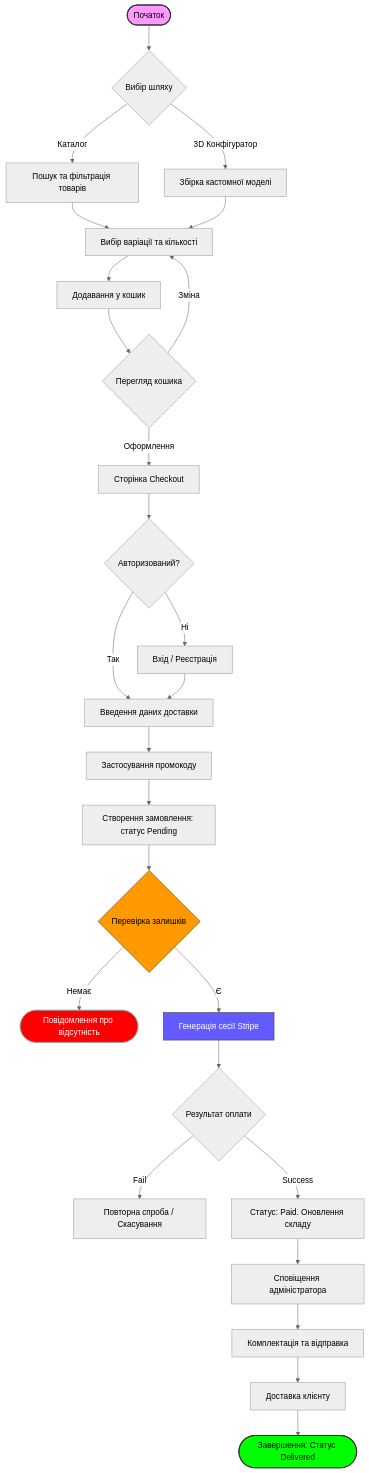
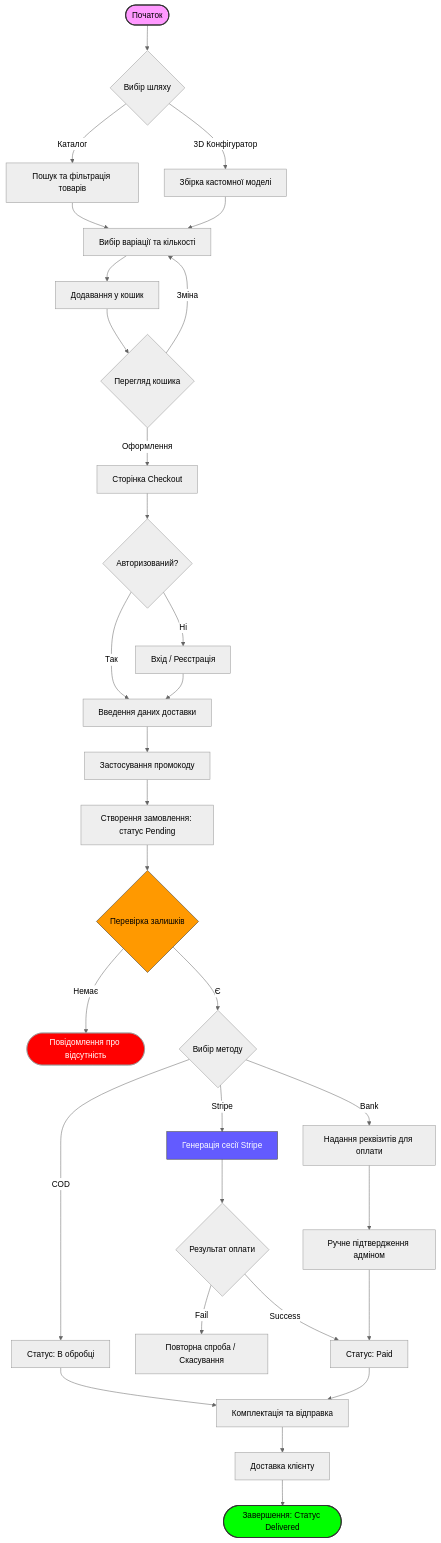
Before and after one commit to Alexxxsashka/Hristo: diagram 11 of 16 in DIPLOMA_FULL_TEXT_EXPANDED.md, drawn with Mermaid (neutral theme). The commit also changed other lines of this file, not shown here.

Commit message:
docs: full integration of multiple payment methods (Stripe, Bank, COD) in documentation and diagrams

````diff
--- a/DIPLOMA_FULL_TEXT_EXPANDED.md
+++ b/DIPLOMA_FULL_TEXT_EXPANDED.md
@@ -628,43 +628,50 @@
 ```mermaid
 flowchart TD
     Start([Початок]) --> Discovery{Вибір шляху}
     
     Discovery -- "Каталог" --> Search[Пошук та фільтрація товарів]
     Discovery -- "3D Конфігуратор" --> Config3D[Збірка кастомної моделі]
     
     Search --> Select[Вибір варіації та кількості]
     Config3D --> Select
     
     Select --> AddToCart[Додавання у кошик]
     AddToCart --> CartReview{Перегляд кошика}
     
     CartReview -- "Зміна" --> Select
     CartReview -- "Оформлення" --> Checkout[Сторінка Checkout]
     
     Checkout --> AuthCheck{Авторизований?}
     AuthCheck -- "Ні" --> Login[Вхід / Реєстрація]
     AuthCheck -- "Так" --> ShipData[Введення даних доставки]
     Login --> ShipData
     
     ShipData --> CouponCheck[Застосування промокоду]
     CouponCheck --> OrderCreate[Створення замовлення: статус Pending]
     
     OrderCreate --> StockVal{Перевірка залишків}
     StockVal -- "Немає" --> Error([Повідомлення про відсутність])
-    StockVal -- "Є" --> Stripe[Генерація сесії Stripe]
+    StockVal -- "Є" --> Method{Вибір методу}
+    
+    Method -- "Stripe" --> Stripe[Генерація сесії Stripe]
+    Method -- "Bank" --> Invoice[Надання реквізитів для оплати]
+    Method -- "COD" --> Process[Статус: В обробці]
     
     Stripe --> Payment{Результат оплати}
     Payment -- "Fail" --> Retry[Повторна спроба / Скасування]
-    Payment -- "Success" --> DBUpdate[Статус: Paid. Оновлення складу]
+    Payment -- "Success" --> DBUpdate[Статус: Paid]
     
-    DBUpdate --> AdminNotify[Сповіщення адміністратора]
-    AdminNotify --> Shipping[Комплектація та відправка]
+    Invoice --> ManualPay[Ручне підтвердження адміном]
+    ManualPay --> DBUpdate
+    Process --> Shipping[Комплектація та відправка]
+    
+    DBUpdate --> Shipping
     Shipping --> Delivery[Доставка клієнту]
     Delivery --> Finish([Завершення: Статус Delivered])
 
     style Start fill:#f9f,stroke:#333,stroke-width:2px
     style Finish fill:#00ff00,stroke:#333,stroke-width:2px
     style Stripe fill:#635bff,color:#fff,stroke:#333
     style StockVal fill:#ff9900,stroke:#333
     style Error fill:#ff0000,color:#fff
 ```
````
